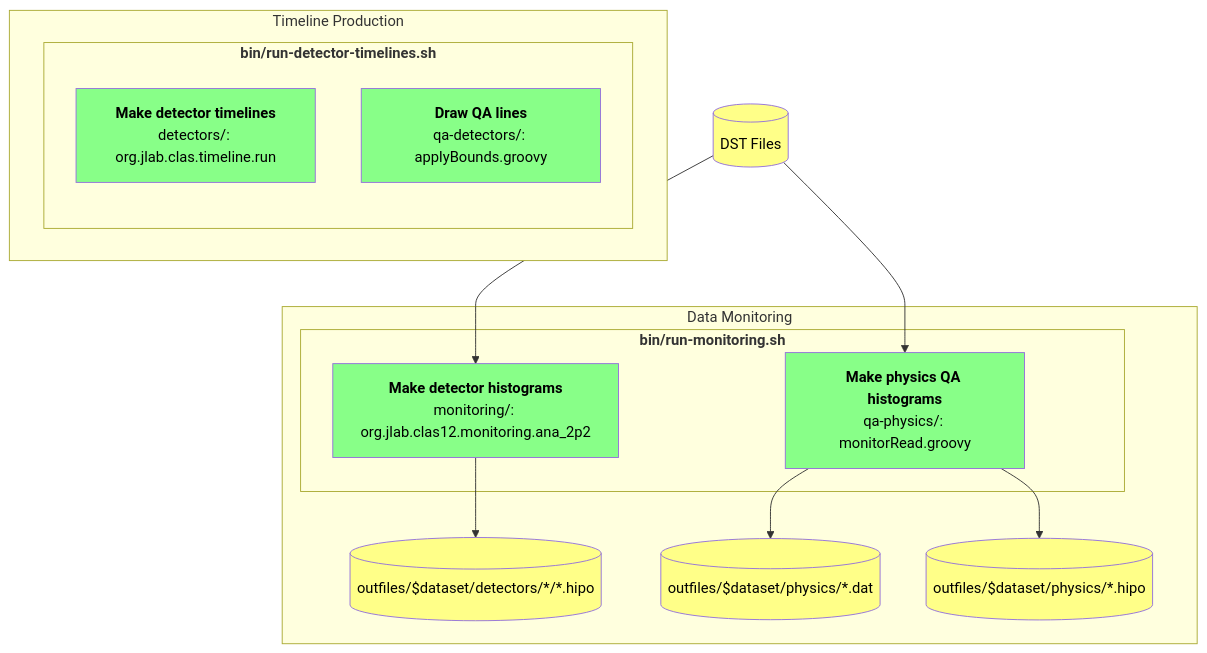
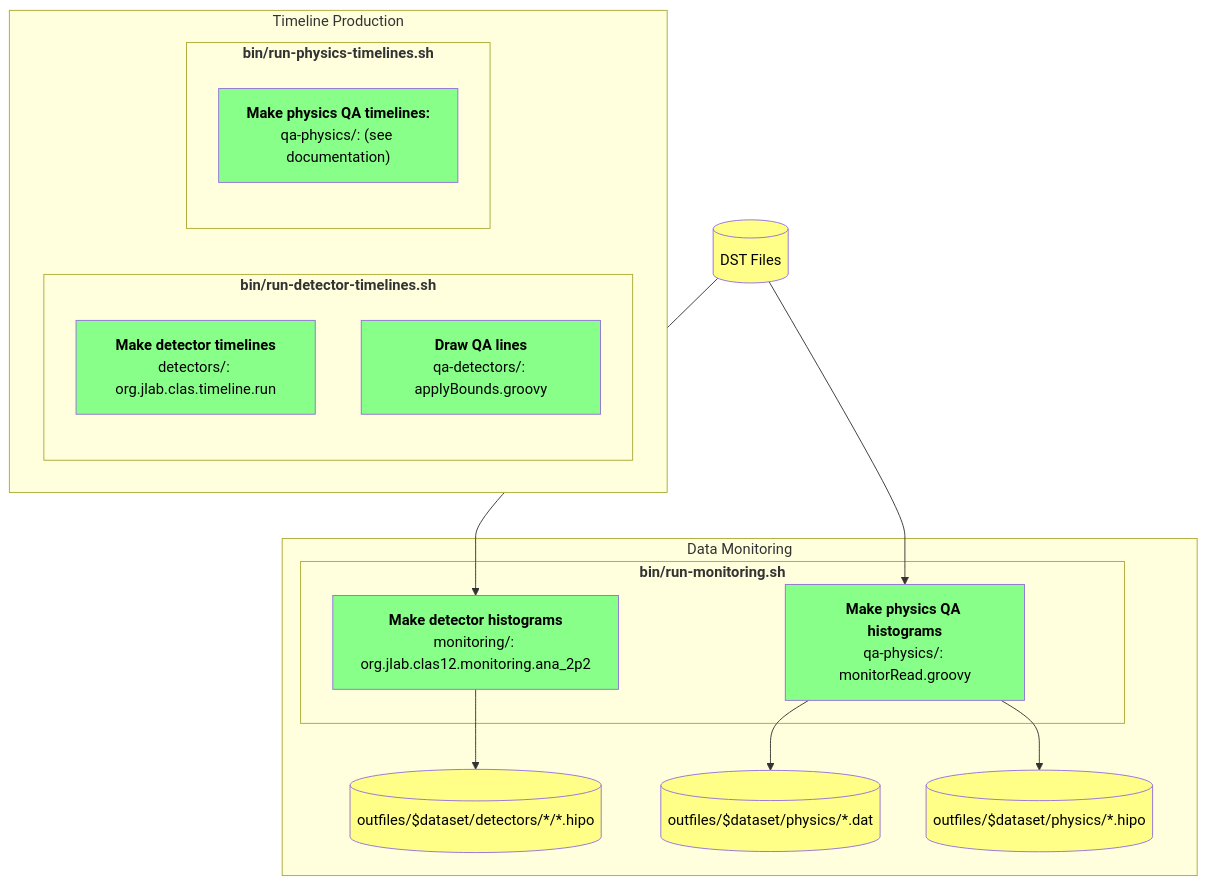
One commit to JeffersonLab/clas12-timeline changed the diagram in README.md. Above: the diagram before and after it, drawn with Mermaid.

Commit message:
modified: README.md

````diff
--- a/README.md
+++ b/README.md
@@ -75,33 +75,36 @@
 ```mermaid
 flowchart TB
 
     classDef proc     fill:#8f8,color:black
     classDef data     fill:#ff8,color:black
     classDef misc     fill:#f8f,color:black
     classDef timeline fill:#8ff,color:black
 
     dst[(DST Files)]:::data
 
     subgraph Data Monitoring
         subgraph "<strong>bin/run-monitoring.sh</strong>"
             monitorDetectors["<strong>Make detector histograms</strong><br/>monitoring/: org.jlab.clas12.monitoring.ana_2p2"]:::proc
             monitorPhysics["<strong>Make physics QA histograms</strong><br/>qa-physics/: monitorRead.groovy"]:::proc
         end
         outplots[(outfiles/$dataset/detectors/*/*.hipo)]:::data
         outdat[(outfiles/$dataset/physics/*.dat)]:::data
         outmon[(outfiles/$dataset/physics/*.hipo)]:::data
     end
     dst --> monitorDetectors
     dst --> monitorPhysics
     monitorDetectors --> outplots
     monitorPhysics   --> outdat
     monitorPhysics   --> outmon
 
     subgraph Timeline Production
         subgraph "<strong>bin/run-detector-timelines.sh</strong>"
             timelineDetectorsPreQA["<strong>Make detector timelines</strong><br/>detectors/: org.jlab.clas.timeline.run"]:::proc
             timelineDetectors["<strong>Draw QA lines</strong><br/>qa-detectors/: applyBounds.groovy"]:::proc
         end
+        subgraph "<strong>bin/run-physics-timelines.sh</strong>"
+            timelinePhysics["<strong>Make physics QA timelines:</strong><br/>qa-physics/: (see documentation)"]:::proc
+        end
     end
 
 ```
````
